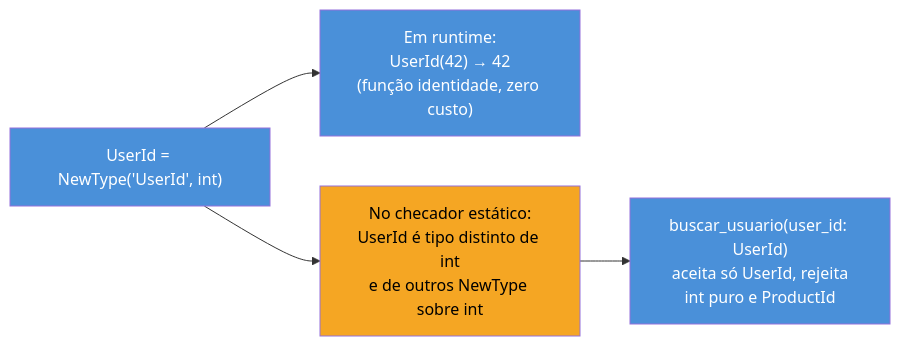
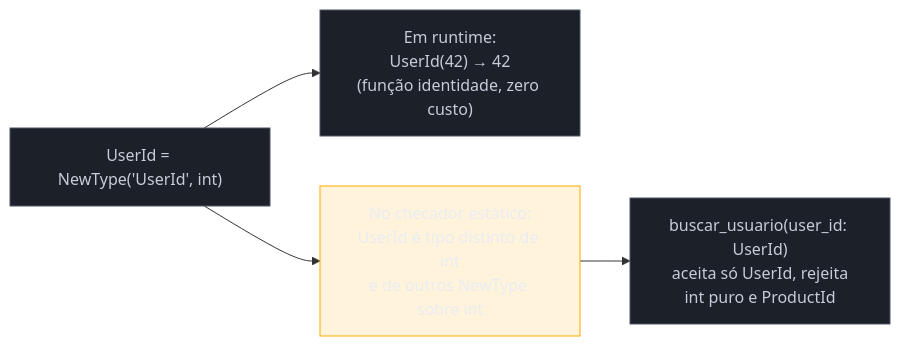
Before and after one commit to josenaldo/codex-technomanticus: the second of 3 diagrams in 03-Dominios/Tecnologia/Python/Tipagem moderna/05 - TypedDict, Literal, NewType e Final.md, drawn with Mermaid. The commit also changed other lines of this file and 1181 other files, not shown here.

First line of the commit message:
fix(diagramas): paleta do sistema no lugar de cor cravada no markdown

````diff
--- a/03-Dominios/Tecnologia/Python/Tipagem moderna/05 - TypedDict, Literal, NewType e Final.md
+++ b/03-Dominios/Tecnologia/Python/Tipagem moderna/05 - TypedDict, Literal, NewType e Final.md
@@ -263,11 +265,13 @@
 ```mermaid
 flowchart LR
+    classDef neutro fill:#1B2029,stroke:#4E5666,color:#C6CCD8
+    classDef destaque fill:#FFAA0024,stroke:#FFAA00,color:#E9ECF2
     A["UserId = NewType('UserId', int)"] --> B["Em runtime:\nUserId(42) → 42\n(função identidade, zero custo)"]
     A --> C["No checador estático:\nUserId é tipo distinto de int\ne de outros NewType sobre int"]
     C --> D["buscar_usuario(user_id: UserId)\naceita só UserId, rejeita\nint puro e ProductId"]
 
-    style A fill:#4A90D9,color:#fff
-    style B fill:#4A90D9,color:#fff
-    style C fill:#F5A623,color:#000
-    style D fill:#4A90D9,color:#fff
+    class A neutro
+    class B neutro
+    class C destaque
+    class D neutro
 ```
````
